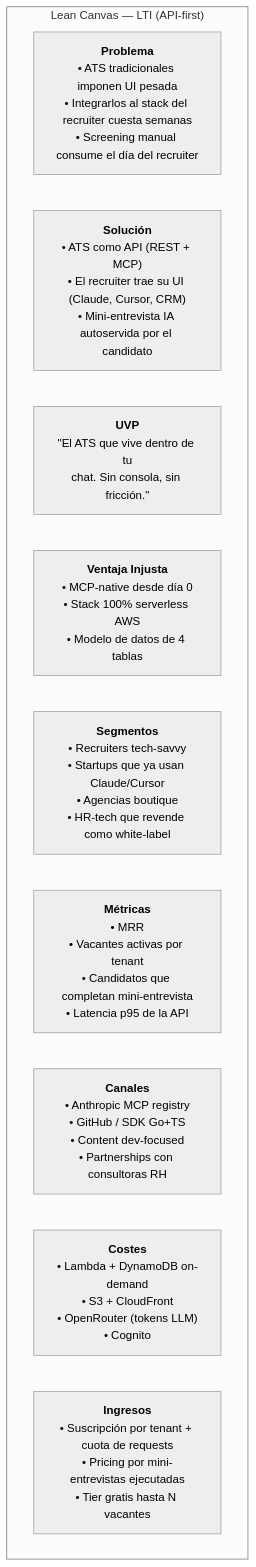
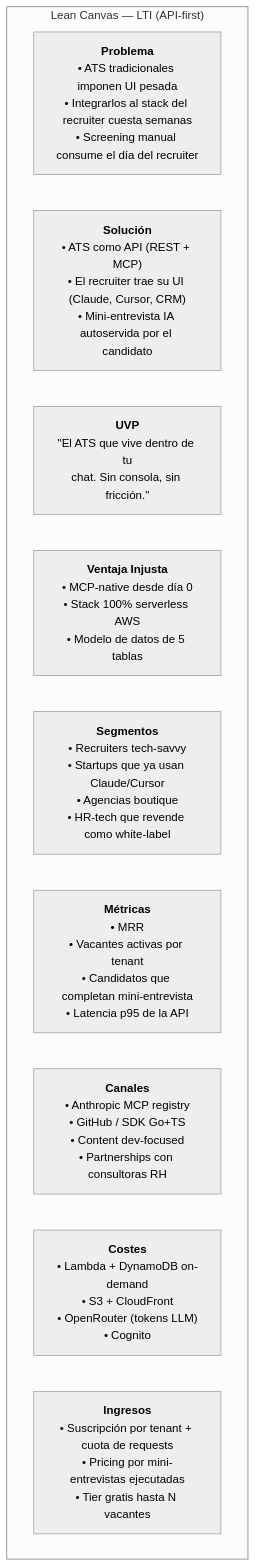
Before and after one commit to aldrinleal/AI4Devs-design-1-202602: the first of 10 diagrams in LTI-AL/LTI-AL.md, drawn with Mermaid (neutral theme). The commit also changed other lines of this file and 1 other file, not shown here.

````diff
--- a/LTI-AL/LTI-AL.md
+++ b/LTI-AL/LTI-AL.md
@@ -45,14 +45,14 @@
 ```mermaid
 flowchart TB
   subgraph LC["Lean Canvas — LTI (API-first)"]
     P["<b>Problema</b><br/>• ATS tradicionales imponen UI pesada<br/>• Integrarlos al stack del recruiter cuesta semanas<br/>• Screening manual consume el día del recruiter"]
     S["<b>Solución</b><br/>• ATS como API (REST + MCP)<br/>• El recruiter trae su UI (Claude, Cursor, CRM)<br/>• Mini-entrevista IA autoservida por el candidato"]
     UVP["<b>UVP</b><br/>&quot;El ATS que vive dentro de tu<br/>chat. Sin consola, sin fricción.&quot;"]
-    UA["<b>Ventaja Injusta</b><br/>• MCP-native desde día 0<br/>• Stack 100% serverless AWS<br/>• Modelo de datos de 4 tablas"]
+    UA["<b>Ventaja Injusta</b><br/>• MCP-native desde día 0<br/>• Stack 100% serverless AWS<br/>• Modelo de datos de 5 tablas"]
     CS["<b>Segmentos</b><br/>• Recruiters tech-savvy<br/>• Startups que ya usan Claude/Cursor<br/>• Agencias boutique<br/>• HR-tech que revende como white-label"]
     KM["<b>Métricas</b><br/>• MRR<br/>• Vacantes activas por tenant<br/>• Candidatos que completan mini-entrevista<br/>• Latencia p95 de la API"]
     CH["<b>Canales</b><br/>• Anthropic MCP registry<br/>• GitHub / SDK Go+TS<br/>• Content dev-focused<br/>• Partnerships con consultoras RH"]
     CST["<b>Costes</b><br/>• Lambda + DynamoDB on-demand<br/>• S3 + CloudFront<br/>• OpenRouter (tokens LLM)<br/>• Cognito"]
     RS["<b>Ingresos</b><br/>• Suscripción por tenant + cuota de requests<br/>• Pricing por mini-entrevistas ejecutadas<br/>• Tier gratis hasta N vacantes"]
   end
 ```
````
